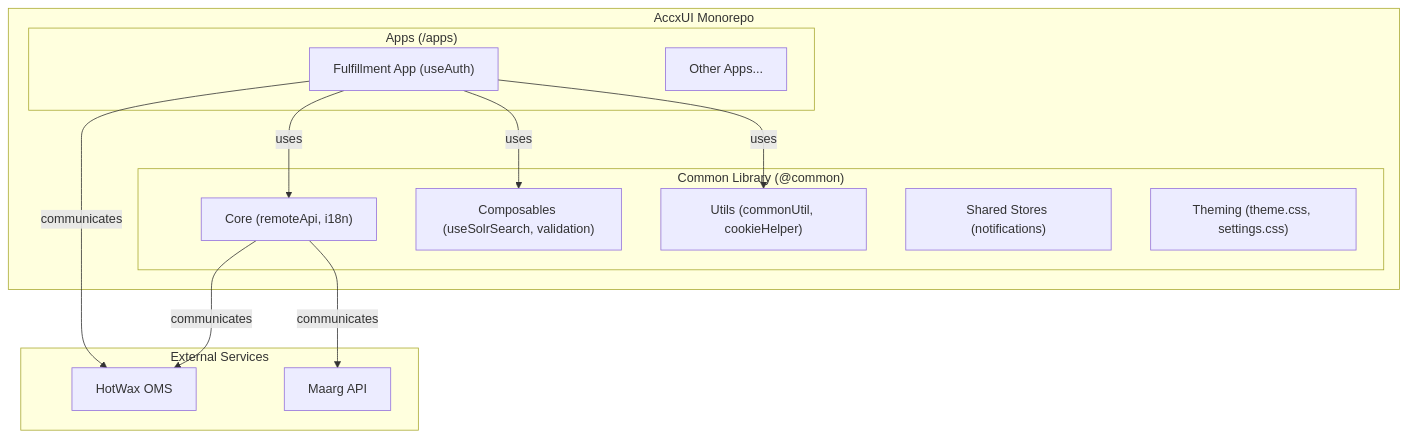
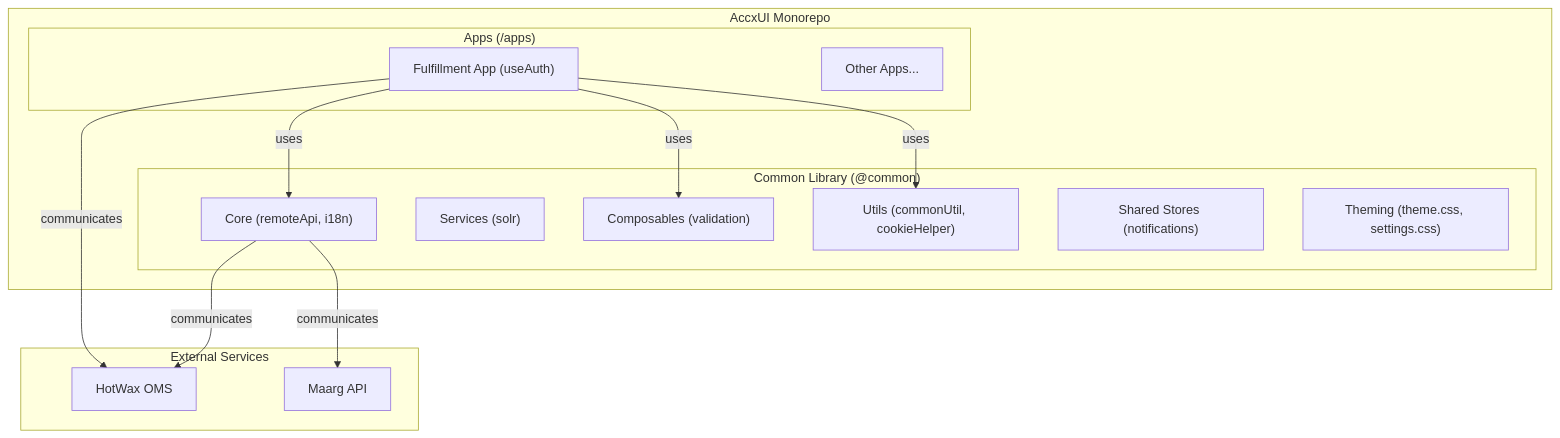
One commit to hotwax/accxui changed the first of 3 diagrams in docs/ACCXUI_ARCHITECTURE.md. Above: the diagram before and after it, drawn with Mermaid. The commit also changed other lines of this file and 2 other files, not shown here.

Commit message:
Address review: defensive guards for native Solr client
- Default `query` to `{}` in `toRequestData`/`executeSolrQuery` so a no-arg
  call can't throw a TypeError.
- Return `{}` when the transport resolves with a falsy response, before
  consulting `commonUtil.hasError`.
- Return `''` from `escapeSolrValue` for falsy input instead of querying
  the literal strings "null"/"undefined".
- Add unit coverage for the three guards.
- Update ACCXUI_ARCHITECTURE.md: Solr is now a service, not a composable.

````diff
--- a/docs/ACCXUI_ARCHITECTURE.md
+++ b/docs/ACCXUI_ARCHITECTURE.md
@@ -37,29 +37,30 @@
 ```mermaid
 graph TD
     subgraph "AccxUI Monorepo"
         subgraph "Apps (/apps)"
             Fulfillment["Fulfillment App (useAuth)"]
             OtherApp["Other Apps..."]
         end
         
         subgraph "Common Library (@common)"
             Core["Core (remoteApi, i18n)"]
-            Composables["Composables (useSolrSearch, validation)"]
+            Services["Services (solr)"]
+            Composables["Composables (validation)"]
             Utils["Utils (commonUtil, cookieHelper)"]
             Stores["Shared Stores (notifications)"]
             Theme["Theming (theme.css, settings.css)"]
         end
     end
     
     subgraph "External Services"
         OMS["HotWax OMS"]
         Maarg["Maarg API"]
     end
     
     Fulfillment -->|uses| Core
     Fulfillment -->|uses| Composables
     Fulfillment -->|uses| Utils
     Fulfillment -->|communicates| OMS
     Core -->|communicates| Maarg
     Core -->|communicates| OMS
 ```
````
